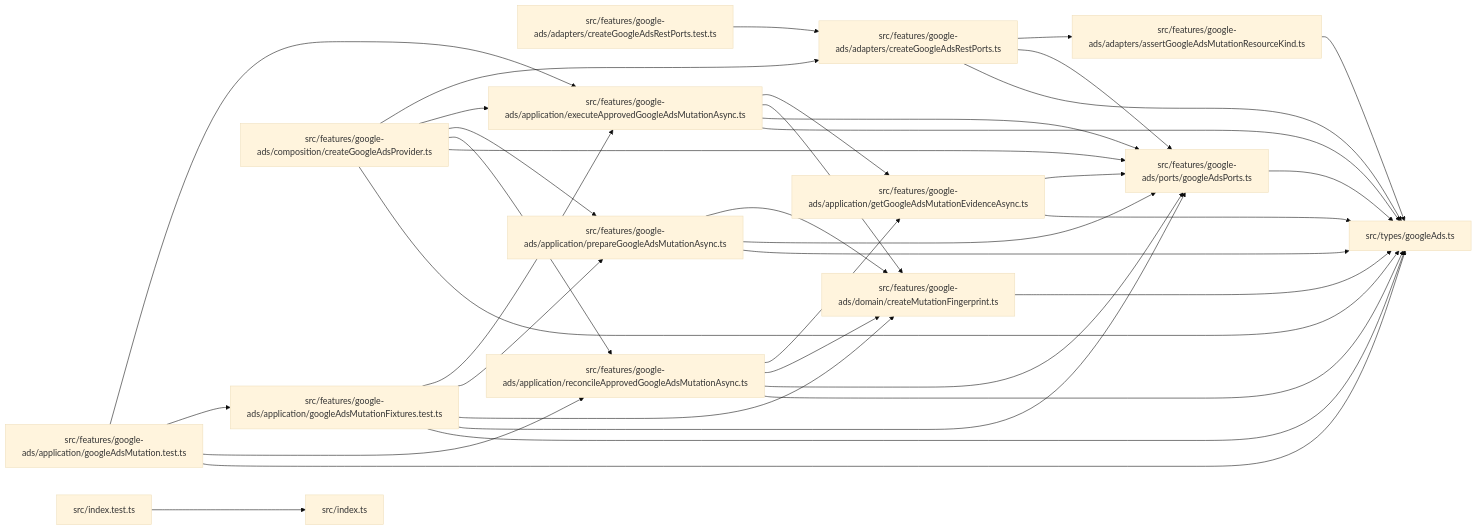
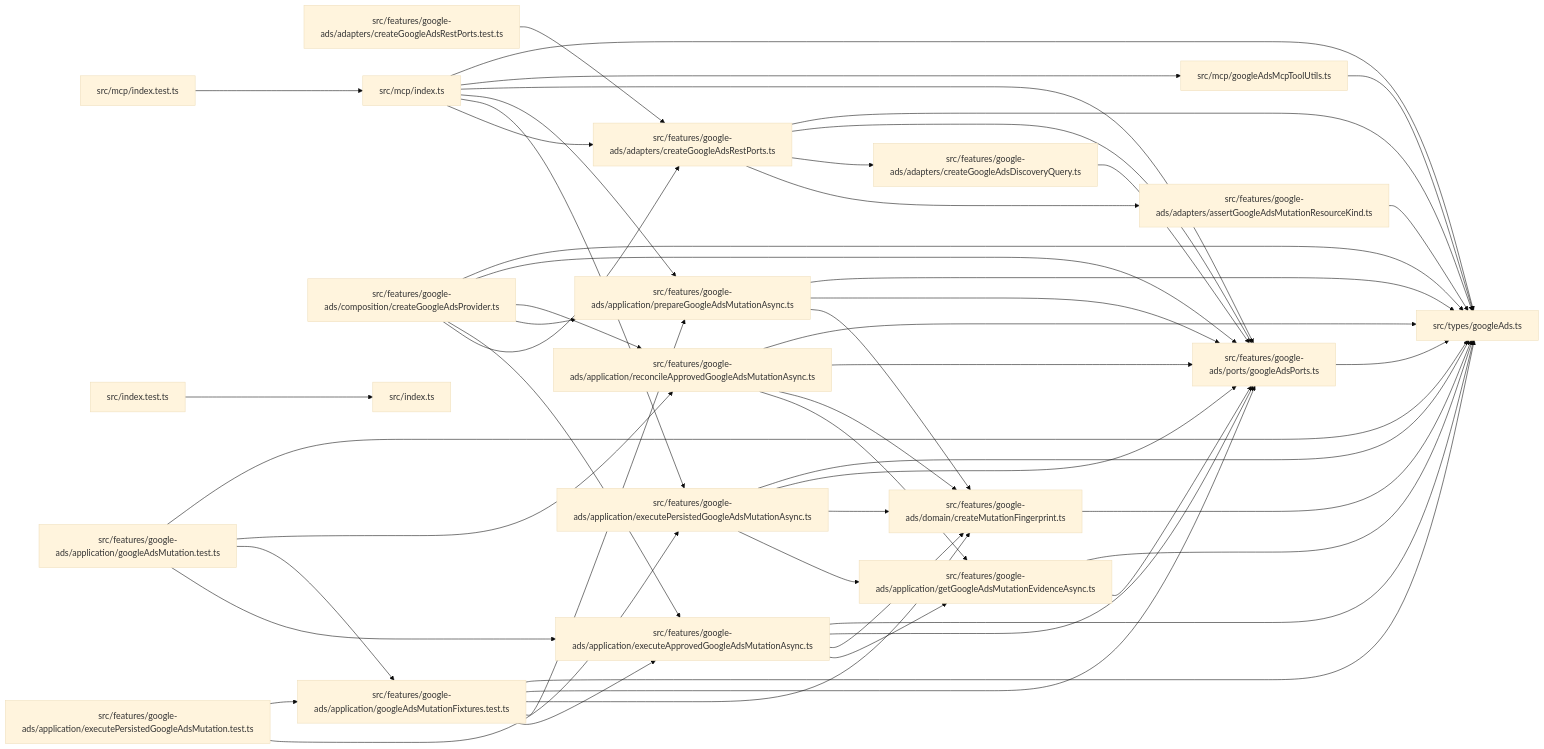
One commit to ankhorage/ads-google changed the diagram in paradox/diagrams/module-relationships.mmd. Above: the diagram before and after it, drawn with Mermaid (base theme). The commit also changed 10 other files, not shown here.

```diff
--- a/paradox/diagrams/module-relationships.mmd
+++ b/paradox/diagrams/module-relationships.mmd
@@ -1,52 +1,74 @@
 graph LR
   module_src_features_google_ads_adapters_assertGoogleAdsMutationResourceKind_ts["src/features/google-ads/adapters/assertGoogleAdsMutationResourceKind.ts"]
+  module_src_features_google_ads_adapters_createGoogleAdsDiscoveryQuery_ts["src/features/google-ads/adapters/createGoogleAdsDiscoveryQuery.ts"]
   module_src_features_google_ads_adapters_createGoogleAdsRestPorts_test_ts["src/features/google-ads/adapters/createGoogleAdsRestPorts.test.ts"]
   module_src_features_google_ads_adapters_createGoogleAdsRestPorts_ts["src/features/google-ads/adapters/createGoogleAdsRestPorts.ts"]
   module_src_features_google_ads_application_executeApprovedGoogleAdsMutationAsync_ts["src/features/google-ads/application/executeApprovedGoogleAdsMutationAsync.ts"]
+  module_src_features_google_ads_application_executePersistedGoogleAdsMutation_test_ts["src/features/google-ads/application/executePersistedGoogleAdsMutation.test.ts"]
+  module_src_features_google_ads_application_executePersistedGoogleAdsMutationAsync_ts["src/features/google-ads/application/executePersistedGoogleAdsMutationAsync.ts"]
   module_src_features_google_ads_application_getGoogleAdsMutationEvidenceAsync_ts["src/features/google-ads/application/getGoogleAdsMutationEvidenceAsync.ts"]
   module_src_features_google_ads_application_googleAdsMutation_test_ts["src/features/google-ads/application/googleAdsMutation.test.ts"]
   module_src_features_google_ads_application_googleAdsMutationFixtures_test_ts["src/features/google-ads/application/googleAdsMutationFixtures.test.ts"]
   module_src_features_google_ads_application_prepareGoogleAdsMutationAsync_ts["src/features/google-ads/application/prepareGoogleAdsMutationAsync.ts"]
   module_src_features_google_ads_application_reconcileApprovedGoogleAdsMutationAsync_ts["src/features/google-ads/application/reconcileApprovedGoogleAdsMutationAsync.ts"]
   module_src_features_google_ads_composition_createGoogleAdsProvider_ts["src/features/google-ads/composition/createGoogleAdsProvider.ts"]
   module_src_features_google_ads_domain_createMutationFingerprint_ts["src/features/google-ads/domain/createMutationFingerprint.ts"]
   module_src_features_google_ads_ports_googleAdsPorts_ts["src/features/google-ads/ports/googleAdsPorts.ts"]
   module_src_index_test_ts["src/index.test.ts"]
   module_src_index_ts["src/index.ts"]
+  module_src_mcp_googleAdsMcpToolUtils_ts["src/mcp/googleAdsMcpToolUtils.ts"]
+  module_src_mcp_index_test_ts["src/mcp/index.test.ts"]
+  module_src_mcp_index_ts["src/mcp/index.ts"]
   module_src_types_googleAds_ts["src/types/googleAds.ts"]
   module_src_features_google_ads_adapters_assertGoogleAdsMutationResourceKind_ts --> module_src_types_googleAds_ts
+  module_src_features_google_ads_adapters_createGoogleAdsDiscoveryQuery_ts --> module_src_features_google_ads_ports_googleAdsPorts_ts
   module_src_features_google_ads_adapters_createGoogleAdsRestPorts_test_ts --> module_src_features_google_ads_adapters_createGoogleAdsRestPorts_ts
   module_src_features_google_ads_adapters_createGoogleAdsRestPorts_ts --> module_src_features_google_ads_adapters_assertGoogleAdsMutationResourceKind_ts
+  module_src_features_google_ads_adapters_createGoogleAdsRestPorts_ts --> module_src_features_google_ads_adapters_createGoogleAdsDiscoveryQuery_ts
   module_src_features_google_ads_adapters_createGoogleAdsRestPorts_ts --> module_src_features_google_ads_ports_googleAdsPorts_ts
   module_src_features_google_ads_adapters_createGoogleAdsRestPorts_ts --> module_src_types_googleAds_ts
   module_src_features_google_ads_application_executeApprovedGoogleAdsMutationAsync_ts --> module_src_features_google_ads_application_getGoogleAdsMutationEvidenceAsync_ts
   module_src_features_google_ads_application_executeApprovedGoogleAdsMutationAsync_ts --> module_src_features_google_ads_domain_createMutationFingerprint_ts
   module_src_features_google_ads_application_executeApprovedGoogleAdsMutationAsync_ts --> module_src_features_google_ads_ports_googleAdsPorts_ts
   module_src_features_google_ads_application_executeApprovedGoogleAdsMutationAsync_ts --> module_src_types_googleAds_ts
+  module_src_features_google_ads_application_executePersistedGoogleAdsMutation_test_ts --> module_src_features_google_ads_application_executePersistedGoogleAdsMutationAsync_ts
+  module_src_features_google_ads_application_executePersistedGoogleAdsMutation_test_ts --> module_src_features_google_ads_application_googleAdsMutationFixtures_test_ts
+  module_src_features_google_ads_application_executePersistedGoogleAdsMutationAsync_ts --> module_src_features_google_ads_application_getGoogleAdsMutationEvidenceAsync_ts
+  module_src_features_google_ads_application_executePersistedGoogleAdsMutationAsync_ts --> module_src_features_google_ads_domain_createMutationFingerprint_ts
+  module_src_features_google_ads_application_executePersistedGoogleAdsMutationAsync_ts --> module_src_features_google_ads_ports_googleAdsPorts_ts
+  module_src_features_google_ads_application_executePersistedGoogleAdsMutationAsync_ts --> module_src_types_googleAds_ts
   module_src_features_google_ads_application_getGoogleAdsMutationEvidenceAsync_ts --> module_src_features_google_ads_ports_googleAdsPorts_ts
   module_src_features_google_ads_application_getGoogleAdsMutationEvidenceAsync_ts --> module_src_types_googleAds_ts
   module_src_features_google_ads_application_googleAdsMutation_test_ts --> module_src_features_google_ads_application_executeApprovedGoogleAdsMutationAsync_ts
   module_src_features_google_ads_application_googleAdsMutation_test_ts --> module_src_features_google_ads_application_googleAdsMutationFixtures_test_ts
   module_src_features_google_ads_application_googleAdsMutation_test_ts --> module_src_features_google_ads_application_reconcileApprovedGoogleAdsMutationAsync_ts
   module_src_features_google_ads_application_googleAdsMutation_test_ts --> module_src_types_googleAds_ts
   module_src_features_google_ads_application_googleAdsMutationFixtures_test_ts --> module_src_features_google_ads_application_executeApprovedGoogleAdsMutationAsync_ts
   module_src_features_google_ads_application_googleAdsMutationFixtures_test_ts --> module_src_features_google_ads_application_prepareGoogleAdsMutationAsync_ts
   module_src_features_google_ads_application_googleAdsMutationFixtures_test_ts --> module_src_features_google_ads_domain_createMutationFingerprint_ts
   module_src_features_google_ads_application_googleAdsMutationFixtures_test_ts --> module_src_features_google_ads_ports_googleAdsPorts_ts
   module_src_features_google_ads_application_googleAdsMutationFixtures_test_ts --> module_src_types_googleAds_ts
   module_src_features_google_ads_application_prepareGoogleAdsMutationAsync_ts --> module_src_features_google_ads_domain_createMutationFingerprint_ts
   module_src_features_google_ads_application_prepareGoogleAdsMutationAsync_ts --> module_src_features_google_ads_ports_googleAdsPorts_ts
   module_src_features_google_ads_application_prepareGoogleAdsMutationAsync_ts --> module_src_types_googleAds_ts
   module_src_features_google_ads_application_reconcileApprovedGoogleAdsMutationAsync_ts --> module_src_features_google_ads_application_getGoogleAdsMutationEvidenceAsync_ts
   module_src_features_google_ads_application_reconcileApprovedGoogleAdsMutationAsync_ts --> module_src_features_google_ads_domain_createMutationFingerprint_ts
   module_src_features_google_ads_application_reconcileApprovedGoogleAdsMutationAsync_ts --> module_src_features_google_ads_ports_googleAdsPorts_ts
   module_src_features_google_ads_application_reconcileApprovedGoogleAdsMutationAsync_ts --> module_src_types_googleAds_ts
   module_src_features_google_ads_composition_createGoogleAdsProvider_ts --> module_src_features_google_ads_adapters_createGoogleAdsRestPorts_ts
   module_src_features_google_ads_composition_createGoogleAdsProvider_ts --> module_src_features_google_ads_application_executeApprovedGoogleAdsMutationAsync_ts
   module_src_features_google_ads_composition_createGoogleAdsProvider_ts --> module_src_features_google_ads_application_prepareGoogleAdsMutationAsync_ts
   module_src_features_google_ads_composition_createGoogleAdsProvider_ts --> module_src_features_google_ads_application_reconcileApprovedGoogleAdsMutationAsync_ts
   module_src_features_google_ads_composition_createGoogleAdsProvider_ts --> module_src_features_google_ads_ports_googleAdsPorts_ts
   module_src_features_google_ads_composition_createGoogleAdsProvider_ts --> module_src_types_googleAds_ts
   module_src_features_google_ads_domain_createMutationFingerprint_ts --> module_src_types_googleAds_ts
   module_src_features_google_ads_ports_googleAdsPorts_ts --> module_src_types_googleAds_ts
   module_src_index_test_ts --> module_src_index_ts
+  module_src_mcp_googleAdsMcpToolUtils_ts --> module_src_types_googleAds_ts
+  module_src_mcp_index_test_ts --> module_src_mcp_index_ts
+  module_src_mcp_index_ts --> module_src_features_google_ads_adapters_createGoogleAdsRestPorts_ts
+  module_src_mcp_index_ts --> module_src_features_google_ads_application_executePersistedGoogleAdsMutationAsync_ts
+  module_src_mcp_index_ts --> module_src_features_google_ads_application_prepareGoogleAdsMutationAsync_ts
+  module_src_mcp_index_ts --> module_src_features_google_ads_ports_googleAdsPorts_ts
+  module_src_mcp_index_ts --> module_src_mcp_googleAdsMcpToolUtils_ts
+  module_src_mcp_index_ts --> module_src_types_googleAds_ts
```
